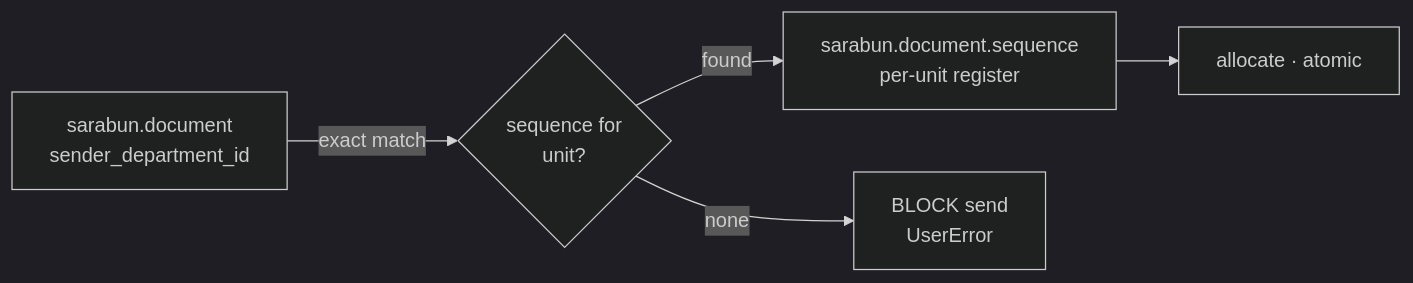
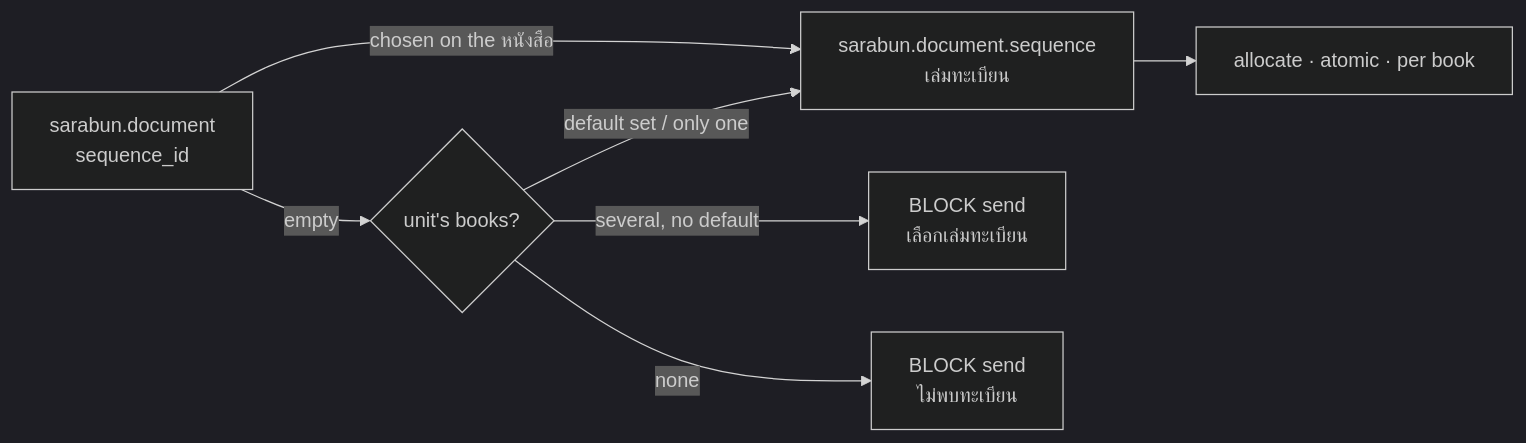
Before and after one commit to Aginix/kmitl: the fourth of 8 diagrams in agx_sarabun/DESIGN.md, drawn with Mermaid (dark theme). The commit also changed other lines of this file and 13 other files, not shown here.

First line of the commit message:
[16.0][IMP] agx_sarabun: multi register books, fix ดึงกลับ, cancelled ribbon

````diff
--- a/agx_sarabun/DESIGN.md
+++ b/agx_sarabun/DESIGN.md
@@ -860,7 +866,9 @@
 ```mermaid
 flowchart LR
-    D[sarabun.document<br/>sender_department_id] -->|exact match| Q{sequence for<br/>unit?}
-    Q -->|found| S[sarabun.document.sequence<br/>per-unit register]
-    Q -->|none| B[BLOCK send<br/>UserError]
-    S --> A[allocate · atomic]
+    D[sarabun.document<br/>sequence_id] -->|chosen on the หนังสือ| S[sarabun.document.sequence<br/>เล่มทะเบียน]
+    D -->|empty| Q{unit's books?}
+    Q -->|default set / only one| S
+    Q -->|several, no default| B[BLOCK send<br/>เลือกเล่มทะเบียน]
+    Q -->|none| B2[BLOCK send<br/>ไม่พบทะเบียน]
+    S --> A[allocate · atomic · per book]
 ```
````
